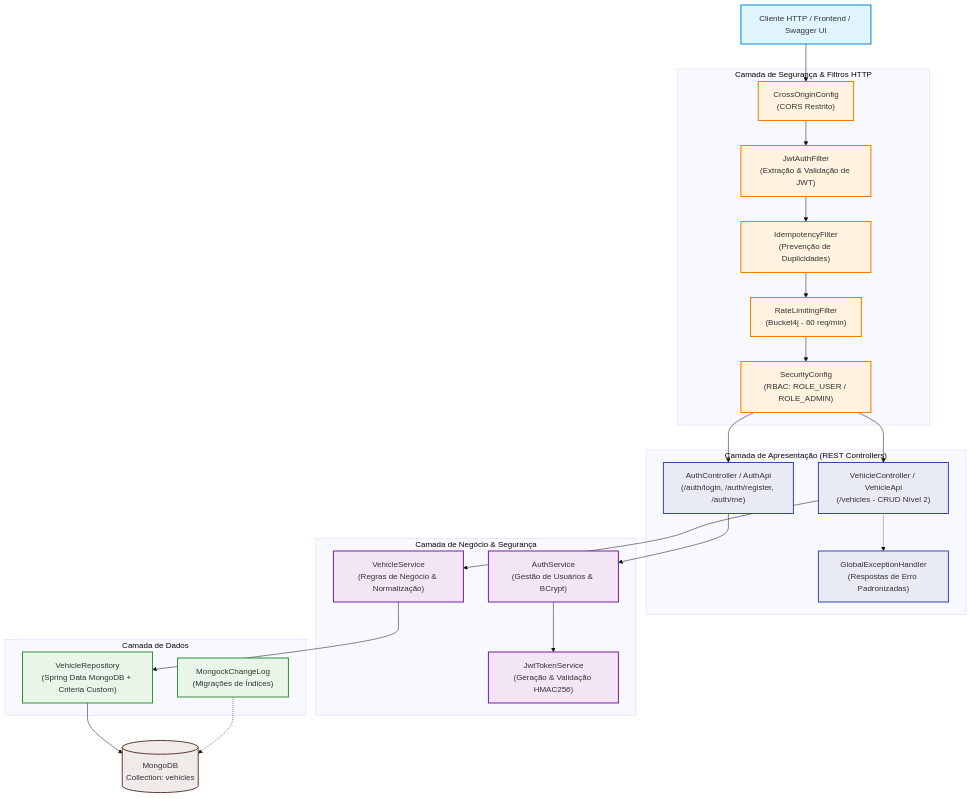
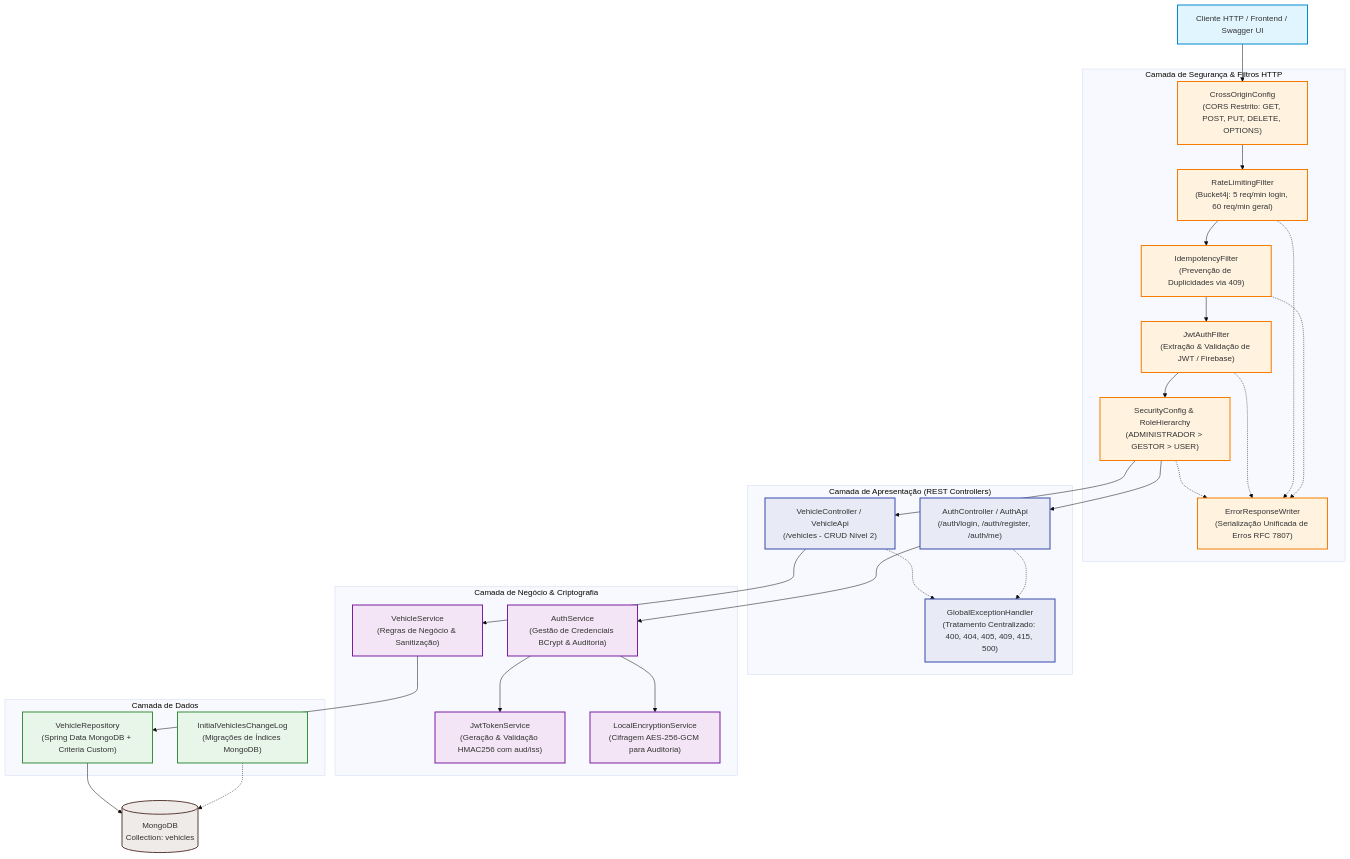
One commit to Vinicius-Prestes/specvora-service changed the first of 2 diagrams in README.md. Above: the diagram before and after it, drawn with Mermaid (base theme). The commit also changed other lines of this file and 36 other files, not shown here.

````diff
--- a/README.md
+++ b/README.md
@@ -13,45 +13,53 @@
 ```mermaid
 flowchart TD
     classDef client fill:#e1f5fe,stroke:#0288d1,stroke-width:2px;
     classDef sec fill:#fff3e0,stroke:#f57c00,stroke-width:2px;
     classDef ctrl fill:#e8eaf6,stroke:#3949ab,stroke-width:2px;
     classDef srv fill:#f3e5f5,stroke:#7b1fa2,stroke-width:2px;
     classDef data fill:#e8f5e9,stroke:#388e3c,stroke-width:2px;
     classDef db fill:#efebe9,stroke:#5d4037,stroke-width:2px;
 
     Client["Cliente HTTP / Frontend / Swagger UI"]:::client
 
     subgraph SecurityLayer ["Camada de Segurança & Filtros HTTP"]
-        CORS["CrossOriginConfig<br/>(CORS Restrito)"]:::sec
-        JWTFilter["JwtAuthFilter<br/>(Extração & Validação de JWT)"]:::sec
-        IdempFilter["IdempotencyFilter<br/>(Prevenção de Duplicidades)"]:::sec
-        RateFilter["RateLimitingFilter<br/>(Bucket4j - 60 req/min)"]:::sec
-        SecConfig["SecurityConfig<br/>(RBAC: ROLE_USER / ROLE_ADMIN)"]:::sec
+        CORS["CrossOriginConfig<br/>(CORS Restrito: GET, POST, PUT, DELETE, OPTIONS)"]:::sec
+        RateFilter["RateLimitingFilter<br/>(Bucket4j: 5 req/min login, 60 req/min geral)"]:::sec
+        IdempFilter["IdempotencyFilter<br/>(Prevenção de Duplicidades via 409)"]:::sec
+        JWTFilter["JwtAuthFilter<br/>(Extração & Validação de JWT / Firebase)"]:::sec
+        SecConfig["SecurityConfig & RoleHierarchy<br/>(ADMINISTRADOR > GESTOR > USER)"]:::sec
+        ErrWriter["ErrorResponseWriter<br/>(Serialização Unificada de Erros RFC 7807)"]:::sec
     end
 
     subgraph PresentationLayer ["Camada de Apresentação (REST Controllers)"]
         AuthController["AuthController / AuthApi<br/>(/auth/login, /auth/register, /auth/me)"]:::ctrl
         VehicleController["VehicleController / VehicleApi<br/>(/vehicles - CRUD Nível 2)"]:::ctrl
-        GlobalHandler["GlobalExceptionHandler<br/>(Respostas de Erro Padronizadas)"]:::ctrl
+        GlobalHandler["GlobalExceptionHandler<br/>(Tratamento Centralizado: 400, 404, 405, 409, 415, 500)"]:::ctrl
     end
 
-    subgraph ServiceLayer ["Camada de Negócio & Segurança"]
-        AuthService["AuthService<br/>(Gestão de Usuários & BCrypt)"]:::srv
-        JwtService["JwtTokenService<br/>(Geração & Validação HMAC256)"]:::srv
-        VehicleService["VehicleService<br/>(Regras de Negócio & Normalização)"]:::srv
+    subgraph ServiceLayer ["Camada de Negócio & Criptografia"]
+        AuthService["AuthService<br/>(Gestão de Credenciais BCrypt & Auditoria)"]:::srv
+        JwtService["JwtTokenService<br/>(Geração & Validação HMAC256 com aud/iss)"]:::srv
+        LocalCrypto["LocalEncryptionService<br/>(Cifragem AES-256-GCM para Auditoria)"]:::srv
+        VehicleService["VehicleService<br/>(Regras de Negócio & Sanitização)"]:::srv
     end
 
     subgraph PersistenceLayer ["Camada de Dados"]
         VehicleRepo["VehicleRepository<br/>(Spring Data MongoDB + Criteria Custom)"]:::data
-        Mongock["MongockChangeLog<br/>(Migrações de Índices)"]:::data
+        Mongock["InitialVehiclesChangeLog<br/>(Migrações de Índices MongoDB)"]:::data
     end
 
     Database[("MongoDB<br/>Collection: vehicles")]:::db
 
-    Client --> CORS --> JWTFilter --> IdempFilter --> RateFilter --> SecConfig
+    Client --> CORS --> RateFilter --> IdempFilter --> JWTFilter --> SecConfig
     SecConfig --> AuthController & VehicleController
-    AuthController --> AuthService --> JwtService
+    SecConfig -.-> ErrWriter
+    JWTFilter -.-> ErrWriter
+    RateFilter -.-> ErrWriter
+    IdempFilter -.-> ErrWriter
+    AuthController --> AuthService
+    AuthService --> JwtService & LocalCrypto
     VehicleController --> VehicleService --> VehicleRepo --> Database
     Mongock -.-> Database
     VehicleController -.-> GlobalHandler
+    AuthController -.-> GlobalHandler
 ```
````
